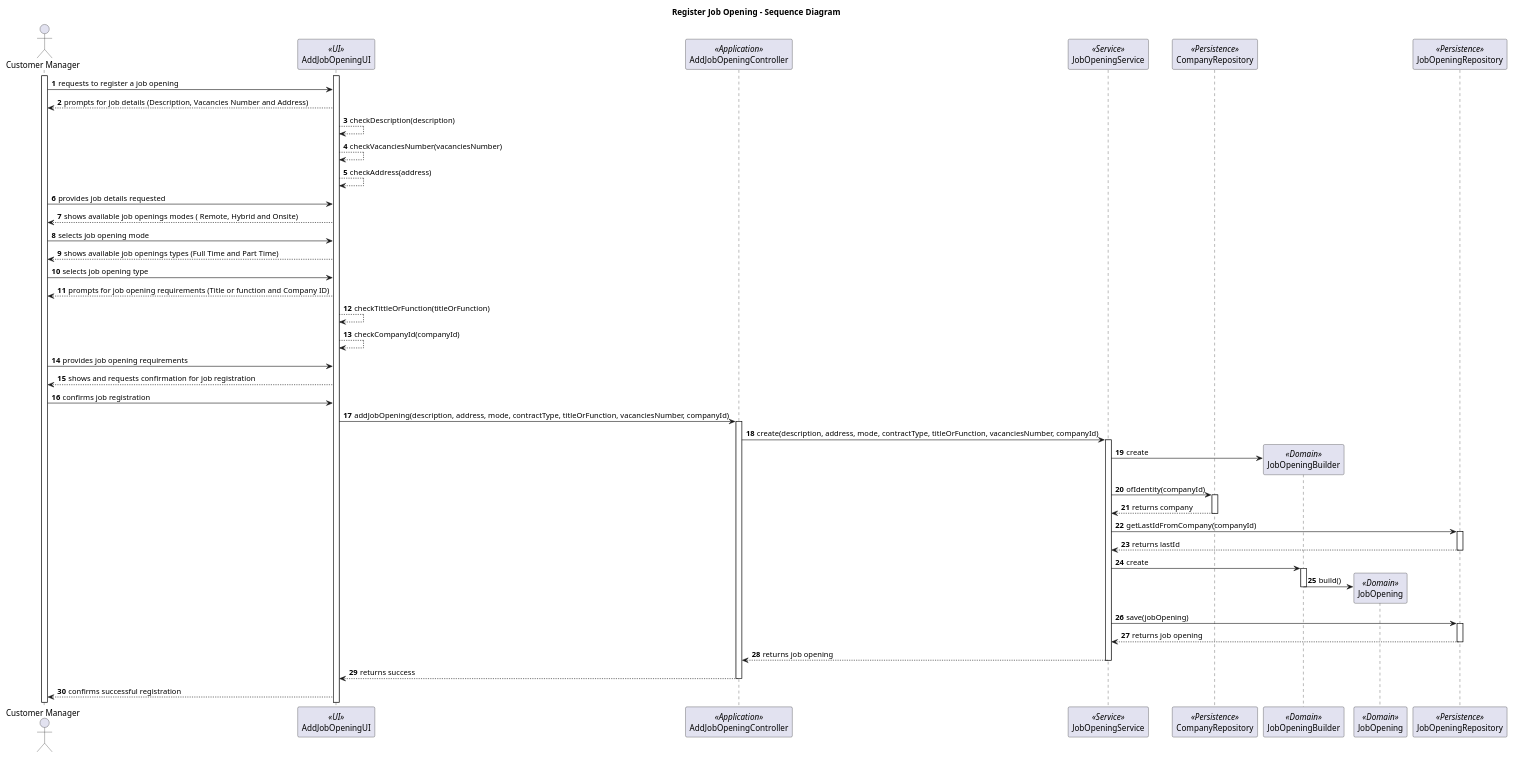
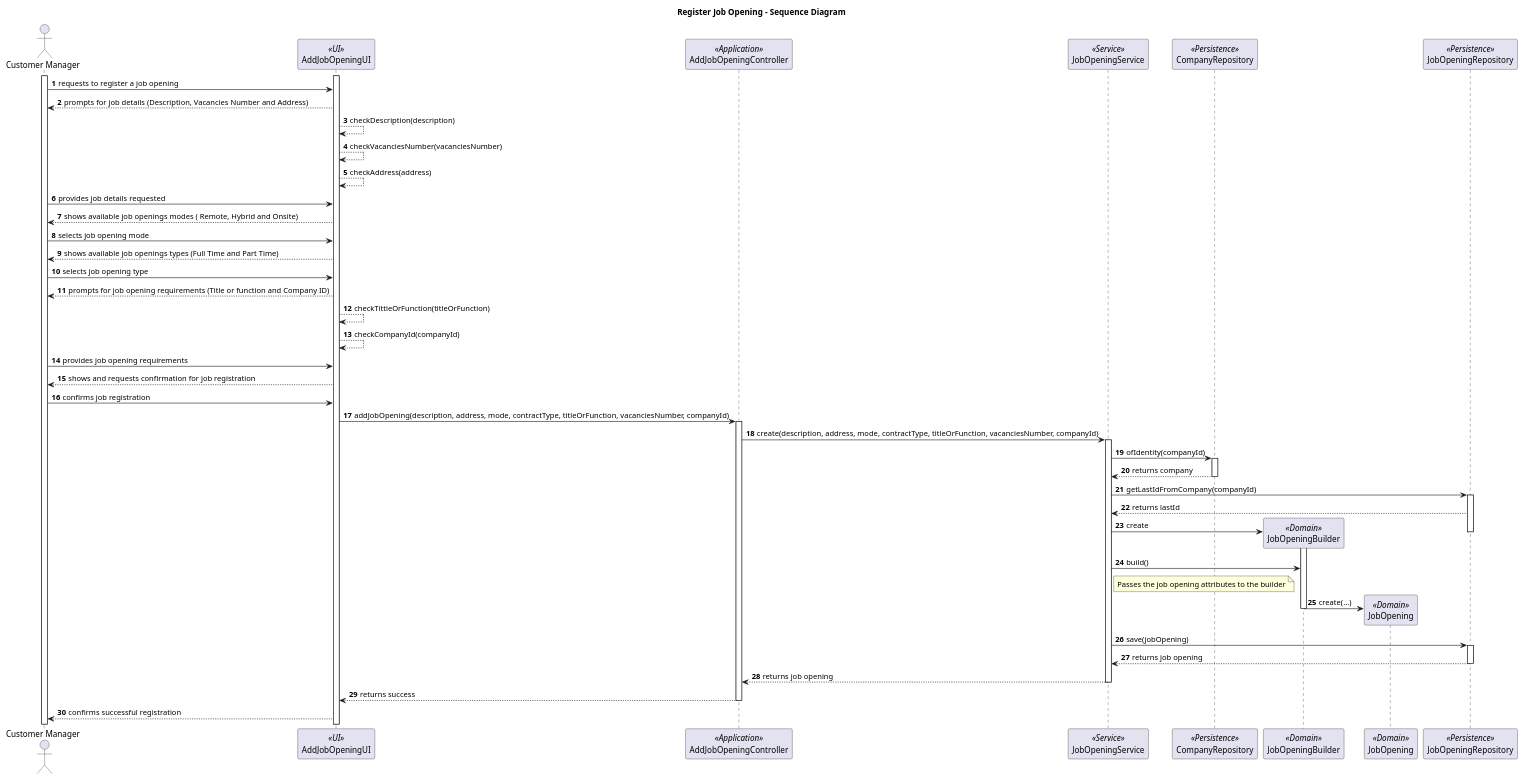
The diagram in docs/sprintB/1002/1002-sequence-diagram.puml (marcoferreira37/Lapr4), drawn with PlantUML before and after one commit. The commit also changed 4 other files, not shown here.

Commit message:
#16 [1002] Fix of the sequence diagram

```diff
--- a/docs/sprintB/1002/1002-sequence-diagram.puml
+++ b/docs/sprintB/1002/1002-sequence-diagram.puml
@@ -1,120 +1,127 @@
 @startuml
 
 title Register Job Opening - Sequence Diagram
 
 autonumber
 actor "Customer Manager" as M
 participant AddJobOpeningUI  as UI <<UI>>
 participant AddJobOpeningController as Controller <<Application>>
 participant JobOpeningService as JS <<Service>>
 participant CompanyRepository as CRepo <<Persistence>>
 participant JobOpeningBuilder as JB <<Domain>>
 participant JobOpening as JO <<Domain>>
 participant JobOpeningRepository as JRepo <<Persistence>>
 
 activate M
 activate UI
 
 M -> UI : requests to register a job opening
 
 UI --> M : prompts for job details (Description, Vacancies Number and Address)
 
 UI --> UI : checkDescription(description)
 
 UI --> UI : checkVacanciesNumber(vacanciesNumber)
 
 UI --> UI : checkAddress(address)
 
 M -> UI : provides job details requested
 
 UI --> M : shows available job openings modes ( Remote, Hybrid and Onsite)
 
 M -> UI : selects job opening mode
 
 UI --> M : shows available job openings types (Full Time and Part Time)
 
 M -> UI : selects job opening type
 
 UI --> M :  prompts for job opening requirements (Title or function and Company ID)
 
 UI --> UI: checkTittleOrFunction(titleOrFunction)
 
 UI --> UI: checkCompanyId(companyId)
 
 M -> UI : provides job opening requirements
 
 UI --> M : shows and requests confirmation for job registration
 
 M -> UI : confirms job registration
 
 UI -> Controller: addJobOpening(description, address, mode, contractType, titleOrFunction, vacanciesNumber, companyId)
 
 activate Controller
 
 Controller -> JS : create(description, address, mode, contractType, titleOrFunction, vacanciesNumber, companyId)
 
 activate JS
 
-JS -> JB**: create
 
 JS -> CRepo: ofIdentity(companyId)
 
 activate CRepo
 
 CRepo --> JS: returns company
 
 deactivate CRepo
 
 JS -> JRepo: getLastIdFromCompany(companyId)
 
 activate JRepo
 
 JRepo --> JS: returns lastId
 
+JS -> JB**: create
+
+
 deactivate JRepo
 
 'Controller -> JB: withDescription(description)
 'Controller -> JB: withAddress(address)
 'Controller -> JB: withMode(mode)
 'Controller -> JB: withContractType(contractType)
 'Controller -> JB: withTitleOrFunction(titleOrFunction)
 'Controller -> JB: withVacanciesNumber(vacanciesNumber)
 'Controller -> JB: withCompanyId(companyId)
 
 
 deactivate JRepo
-JS -> JB: create
 
 activate JB
 
-JB -> JO**: build()
+JS -> JB: build()
+
+note right of JS
+  Passes the job opening attributes to the builder
+end note
+
+JB -> JO**: create(...)
 
 deactivate JB
 
 
 
 
 
 JS -> JRepo: save(jobOpening)
 
 
 activate JRepo
 
 JRepo --> JS: returns job opening
 
 deactivate JRepo
 
 JS --> Controller: returns job opening
 
 deactivate JS
 
 deactivate JB
 
 
 deactivate JRepo
 Controller --> UI: returns success
 deactivate Controller
 
 UI --> M: confirms successful registration
 
 @enduml
```
